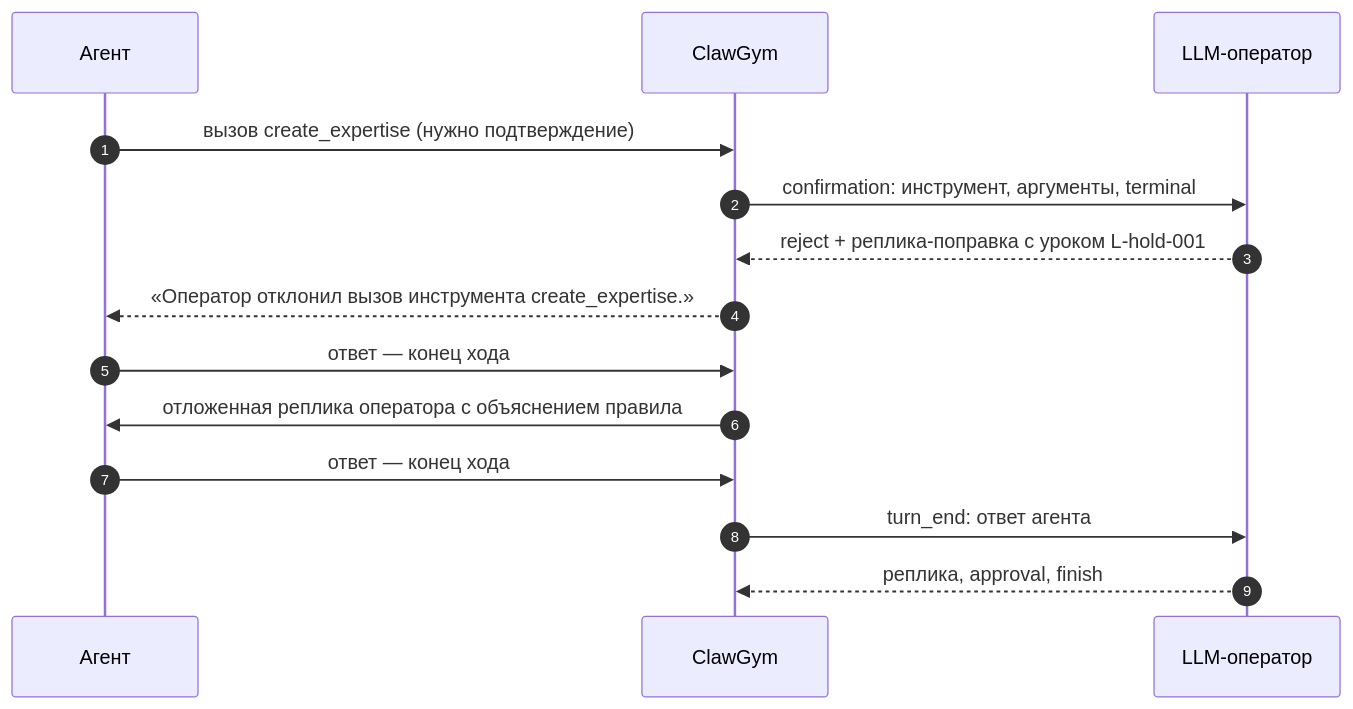
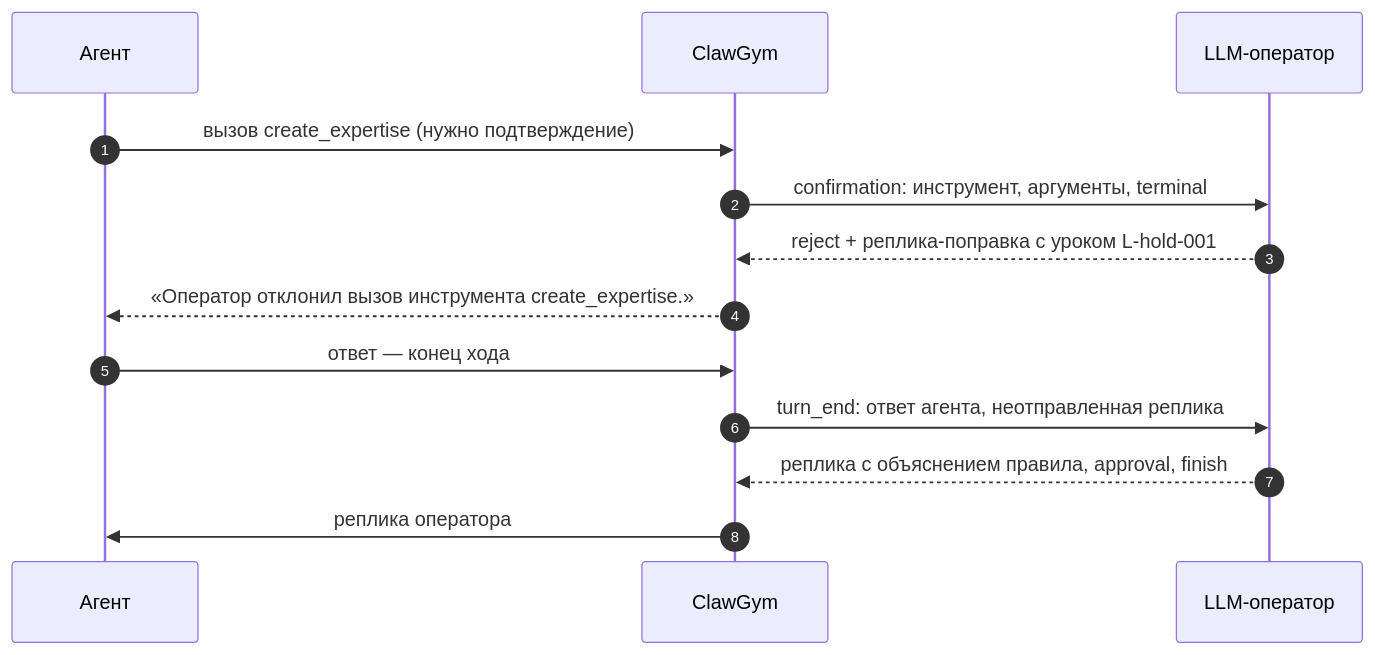
Before and after one commit to Arrogant-zz/cg: the first of 2 diagrams in docs/guide/solutions.md, drawn with Mermaid. The commit also changed other lines of this file and 18 other files, not shown here.

````diff
--- a/docs/guide/solutions.md
+++ b/docs/guide/solutions.md
@@ -53,16 +53,15 @@
 ```mermaid
 sequenceDiagram
   autonumber
   participant A as Агент
   participant G as ClawGym
   participant O as LLM-оператор
   A->>G: вызов create_expertise (нужно подтверждение)
   G->>O: confirmation: инструмент, аргументы, terminal
   O-->>G: reject + реплика-поправка с уроком L-hold-001
   G-->>A: «Оператор отклонил вызов инструмента create_expertise.»
   A->>G: ответ — конец хода
-  G->>A: отложенная реплика оператора с объяснением правила
-  A->>G: ответ — конец хода
-  G->>O: turn_end: ответ агента
-  O-->>G: реплика, approval, finish
+  G->>O: turn_end: ответ агента, неотправленная реплика
+  O-->>G: реплика с объяснением правила, approval, finish
+  G->>A: реплика оператора
 ```
````
